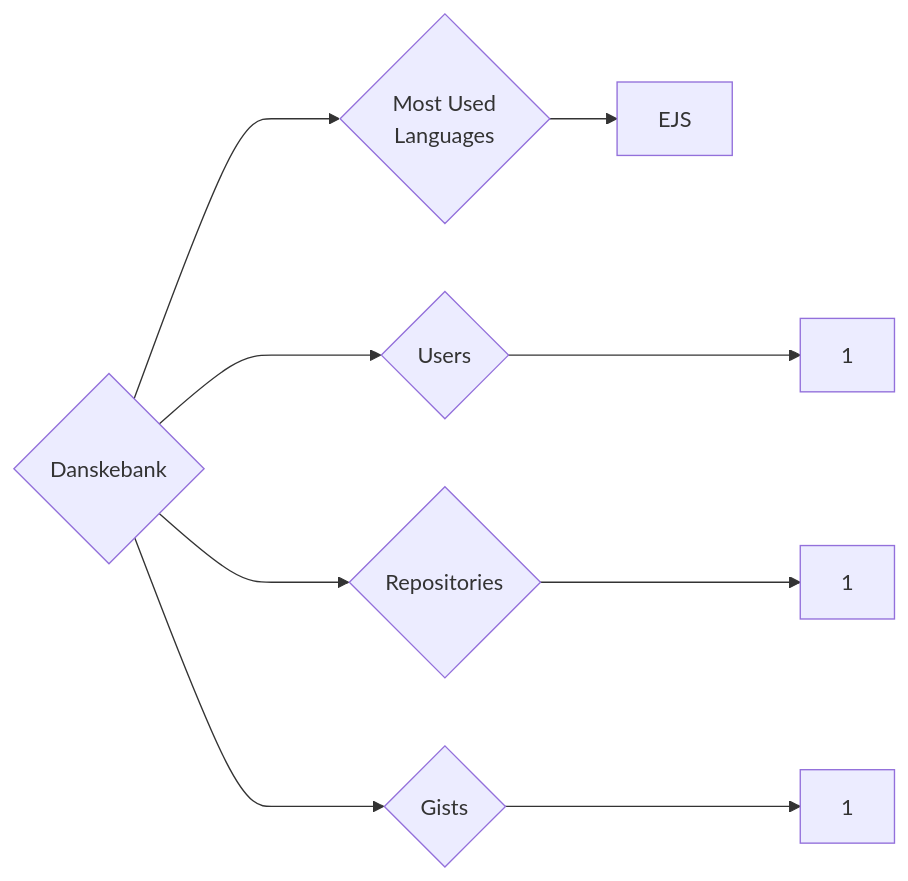
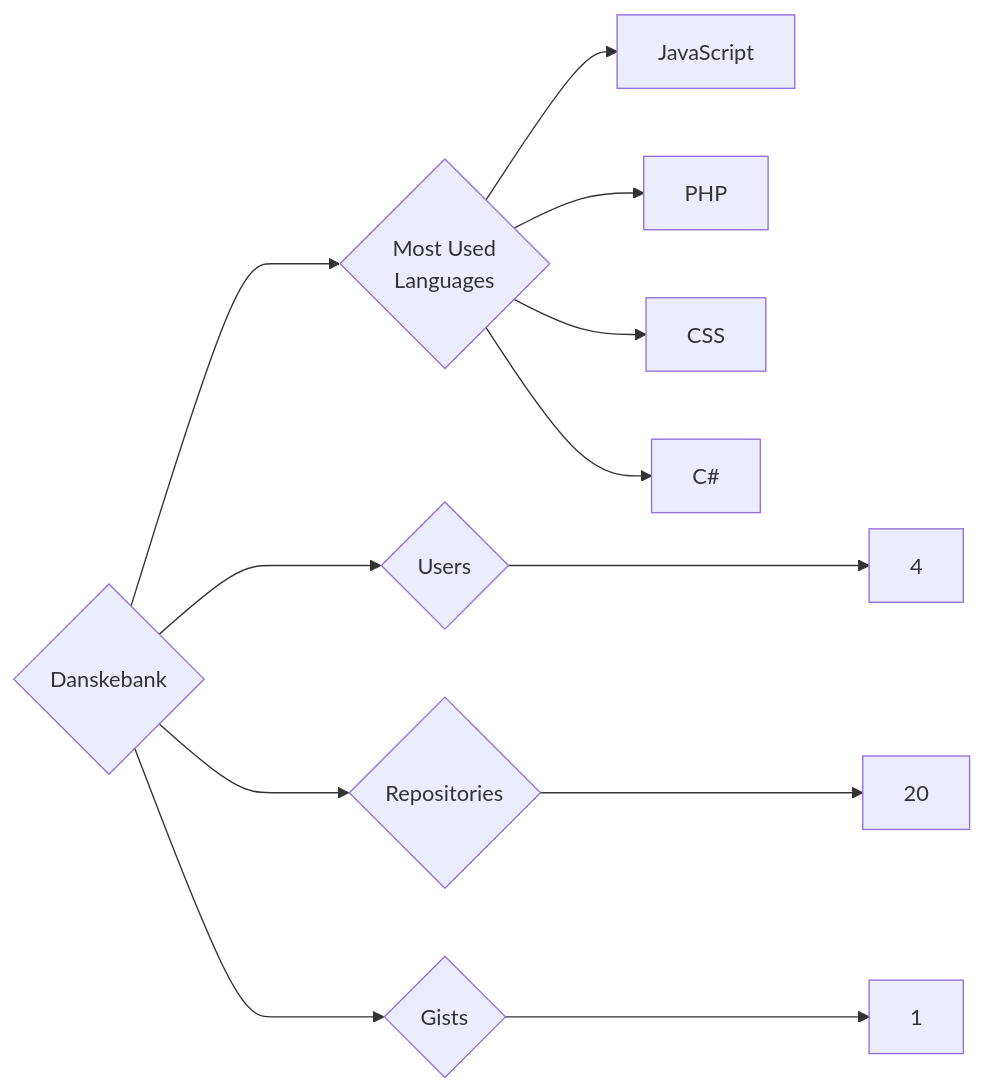
One commit to trickest/insiders changed the diagram in targets/Danskebank/README.md. Above: the diagram before and after it, drawn with Mermaid. The commit also changed 865 other files, not shown here.

````diff
--- a/targets/Danskebank/README.md
+++ b/targets/Danskebank/README.md
@@ -3,9 +3,12 @@
 ```mermaid
 graph LR
 COMPANY_NAME{Danskebank}
-COMPANY_NAME ---> U{Users} ---> UN[1]
-COMPANY_NAME ---> R{Repositories} ---> RN[1]
+COMPANY_NAME ---> U{Users} ---> UN[4]
+COMPANY_NAME ---> R{Repositories} ---> RN[20]
 COMPANY_NAME ---> G{Gists} ---> GN[1]
 COMPANY_NAME ---> ML{Most Used<br>Languages}
-ML --> EJS[EJS]
+ML --> JavaScript[JavaScript]
+ML --> PHP[PHP]
+ML --> CSS[CSS]
+ML --> C#[C#]
 ```
````
